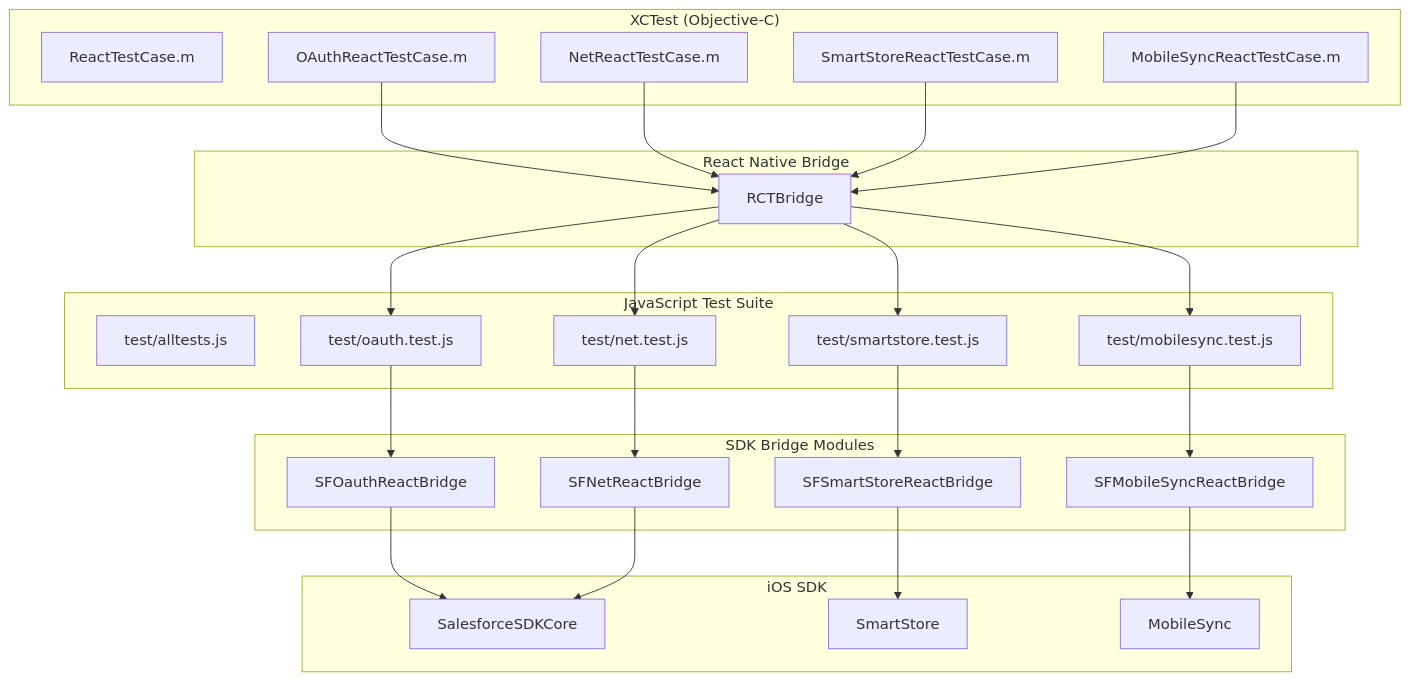
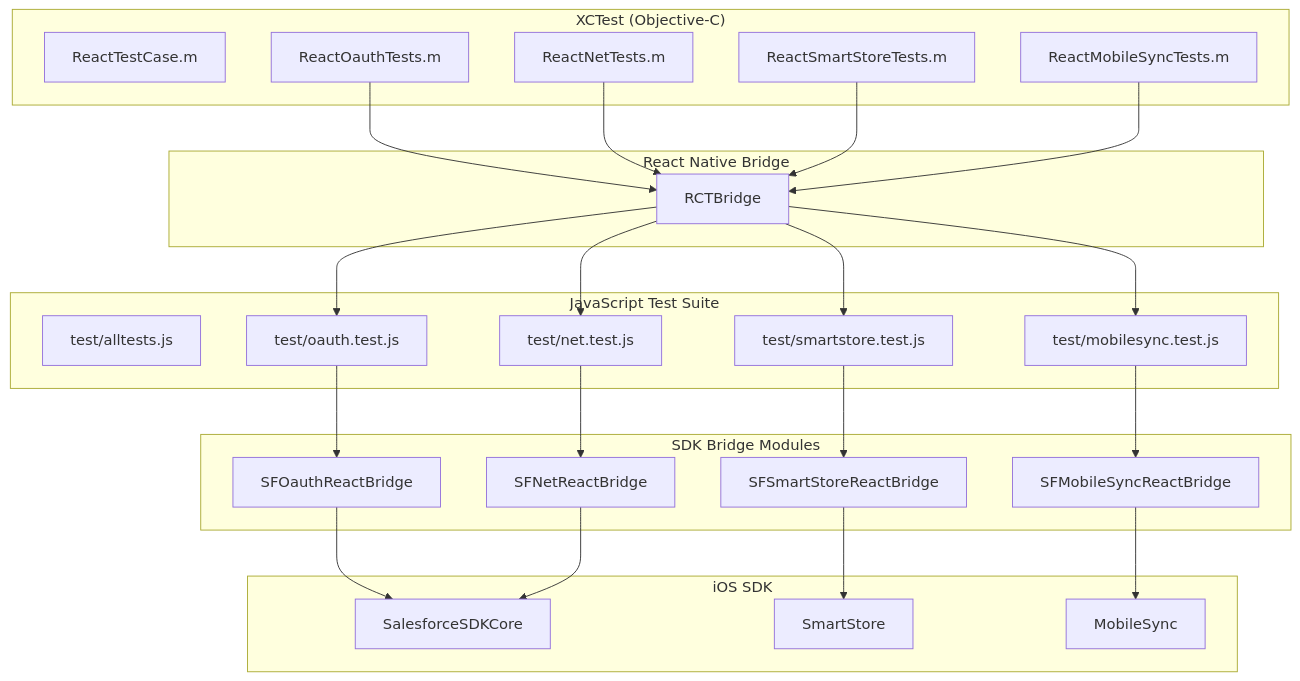
The first of 2 diagrams in docs/ios-tests/README.md (forcedotcom/SalesforceMobileSDK-ReactNative), drawn with Mermaid before and after one commit. The commit also changed other lines of this file and 4 other files, not shown here.

````diff
--- a/docs/ios-tests/README.md
+++ b/docs/ios-tests/README.md
@@ -28,55 +28,55 @@
 ```mermaid
 graph TB
     subgraph "XCTest (Objective-C)"
         A[ReactTestCase.m]
-        B[OAuthReactTestCase.m]
-        C[NetReactTestCase.m]
-        D[SmartStoreReactTestCase.m]
-        E[MobileSyncReactTestCase.m]
+        B[ReactOauthTests.m]
+        C[ReactNetTests.m]
+        D[ReactSmartStoreTests.m]
+        E[ReactMobileSyncTests.m]
     end
     
     subgraph "React Native Bridge"
         F[RCTBridge]
     end
     
     subgraph "JavaScript Test Suite"
         G[test/alltests.js]
         H[test/oauth.test.js]
         I[test/net.test.js]
         J[test/smartstore.test.js]
         K[test/mobilesync.test.js]
     end
     
     subgraph "SDK Bridge Modules"
         L[SFOauthReactBridge]
         M[SFNetReactBridge]
         N[SFSmartStoreReactBridge]
         O[SFMobileSyncReactBridge]
     end
     
     subgraph "iOS SDK"
         P[SalesforceSDKCore]
         Q[SmartStore]
         R[MobileSync]
     end
     
     B --> F
     C --> F
     D --> F
     E --> F
     
     F --> H
     F --> I
     F --> J
     F --> K
     
     H --> L
     I --> M
     J --> N
     K --> O
     
     L --> P
     M --> P
     N --> Q
     O --> R
 ```
````
